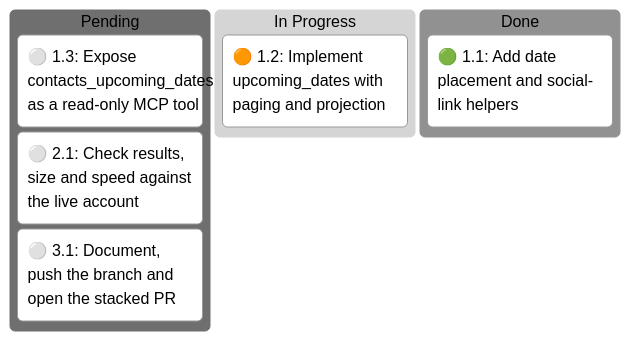
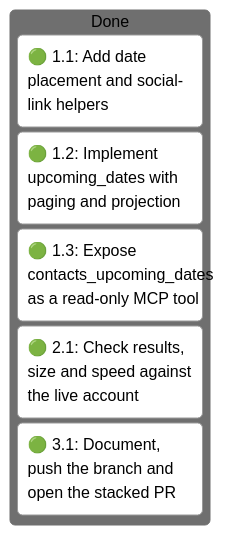
Before and after one commit to sohampatwardhan/icloud-mcp: the first of 2 diagrams in .specs/contacts-upcoming-dates/05_execution.md, drawn with Mermaid (neutral theme). The commit also changed other lines of this file and 5 other files, not shown here.

Commit message:
spec: contacts-upcoming-dates execution complete

````diff
--- a/.specs/contacts-upcoming-dates/05_execution.md
+++ b/.specs/contacts-upcoming-dates/05_execution.md
@@ -56,11 +56,9 @@
 ```mermaid
 kanban
-  pending[Pending]
-    t_kanban_1_3[⚪ 1.3: Expose contacts_upcoming_dates as a read-only MCP tool]
-    t_kanban_2_1[⚪ 2.1: Check results, size and speed against the live account]
-    t_kanban_3_1[⚪ 3.1: Document, push the branch and open the stacked PR]
-  in_progress[In Progress]
-    t_kanban_1_2[🟠 1.2: Implement upcoming_dates with paging and projection]
   done[Done]
     t_kanban_1_1[🟢 1.1: Add date placement and social-link helpers]
+    t_kanban_1_2[🟢 1.2: Implement upcoming_dates with paging and projection]
+    t_kanban_1_3[🟢 1.3: Expose contacts_upcoming_dates as a read-only MCP tool]
+    t_kanban_2_1[🟢 2.1: Check results, size and speed against the live account]
+    t_kanban_3_1[🟢 3.1: Document, push the branch and open the stacked PR]
 ```
````
